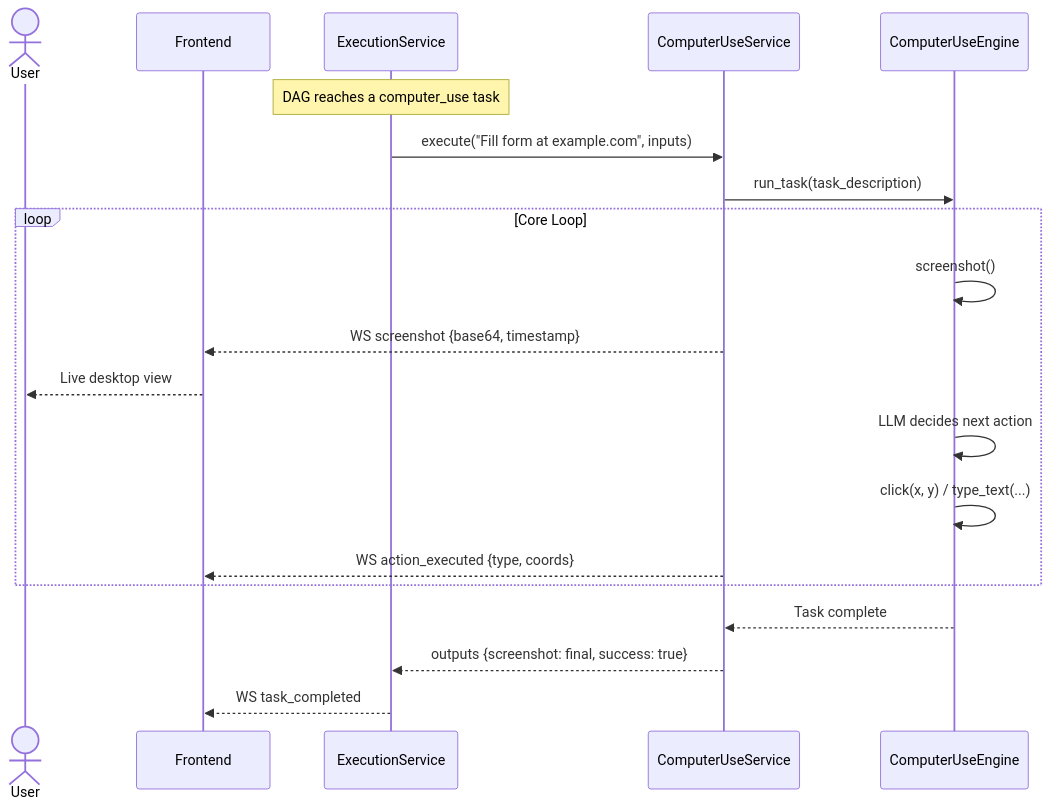
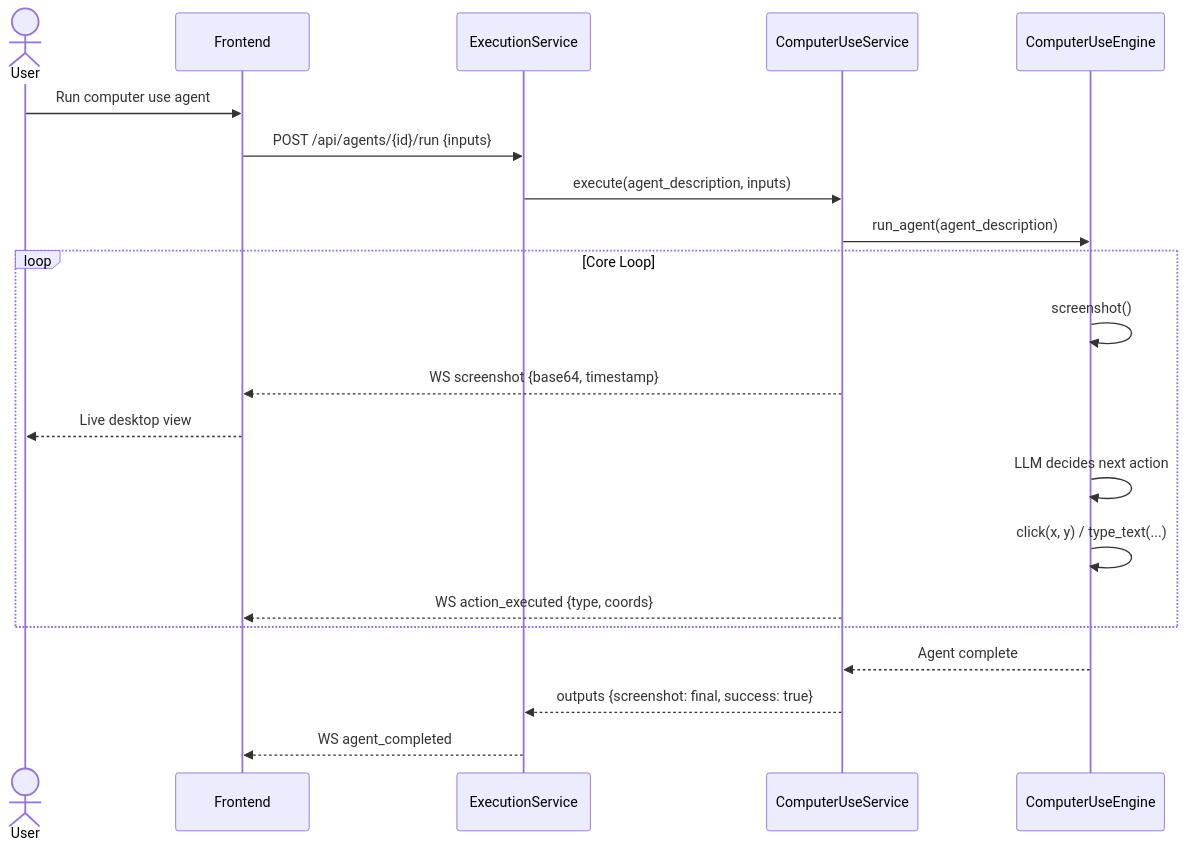
One commit to MONTBRAIN/vadgr changed the ninth of 10 diagrams in api/docs/API_ARCHITECTURE.md. Above: the diagram before and after it, drawn with Mermaid. The commit also changed other lines of this file and 32 other files, not shown here.

First line of the commit message:
Add config-driven CLI provider layer, rename tasks to agents, add CI for api module

````diff
--- a/api/docs/API_ARCHITECTURE.md
+++ b/api/docs/API_ARCHITECTURE.md
@@ -639,27 +773,27 @@
 ```mermaid
 sequenceDiagram
     actor User
     participant FE as Frontend
     participant ES as ExecutionService
     participant CUS as ComputerUseService
     participant Engine as ComputerUseEngine
 
-    Note over ES: DAG reaches a computer_use task
-
-    ES->>CUS: execute("Fill form at example.com", inputs)
-    CUS->>Engine: run_task(task_description)
+    User->>FE: Run computer use agent
+    FE->>ES: POST /api/agents/{id}/run {inputs}
+    ES->>CUS: execute(agent_description, inputs)
+    CUS->>Engine: run_agent(agent_description)
 
     loop Core Loop
         Engine->>Engine: screenshot()
         CUS-->>FE: WS screenshot {base64, timestamp}
         FE-->>User: Live desktop view
 
         Engine->>Engine: LLM decides next action
         Engine->>Engine: click(x, y) / type_text(...)
         CUS-->>FE: WS action_executed {type, coords}
     end
 
-    Engine-->>CUS: Task complete
+    Engine-->>CUS: Agent complete
     CUS-->>ES: outputs {screenshot: final, success: true}
-    ES-->>FE: WS task_completed
+    ES-->>FE: WS agent_completed
 ```
````
